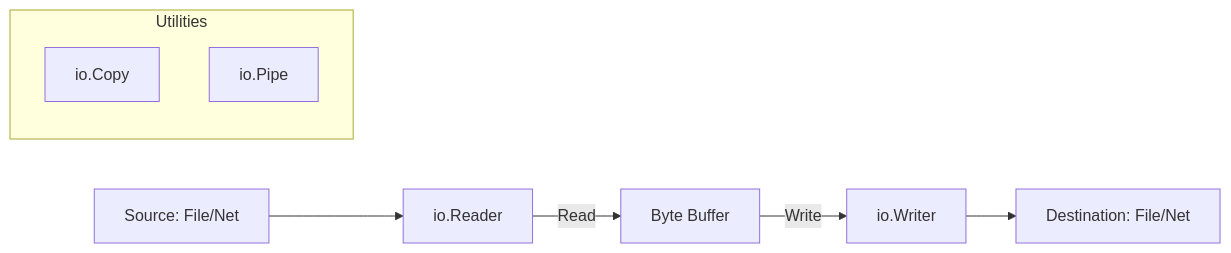
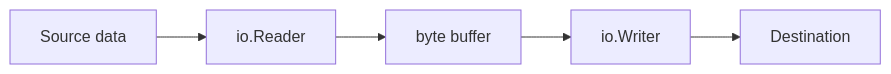
The diagram in RAK-05-standard-library/SR-02-io-filesystem/BK-01-io-abstractions/CH-01_IO/README.md (syahputrawork98-sketch/Golang-Knowledge-Base), drawn with Mermaid before and after one commit. The commit also changed other lines of this file and 44 other files, not shown here.

````diff
--- a/RAK-05-standard-library/SR-02-io-filesystem/BK-01-io-abstractions/CH-01_IO/README.md
+++ b/RAK-05-standard-library/SR-02-io-filesystem/BK-01-io-abstractions/CH-01_IO/README.md
@@ -27,13 +35,7 @@
 ```mermaid
 graph LR
-
-    S[Source: File/Net] --> R[io.Reader]
-    R -->|Read| B[Byte Buffer]
-    B -->|Write| W[io.Writer]
-    W --> D[Destination: File/Net]
-    
-    subgraph Utilities
-        C[io.Copy]
-        P[io.Pipe]
-    end
+    Source[Source data] --> Reader[io.Reader]
+    Reader --> Buffer[byte buffer]
+    Buffer --> Writer[io.Writer]
+    Writer --> Destination[Destination]
 ```
````
